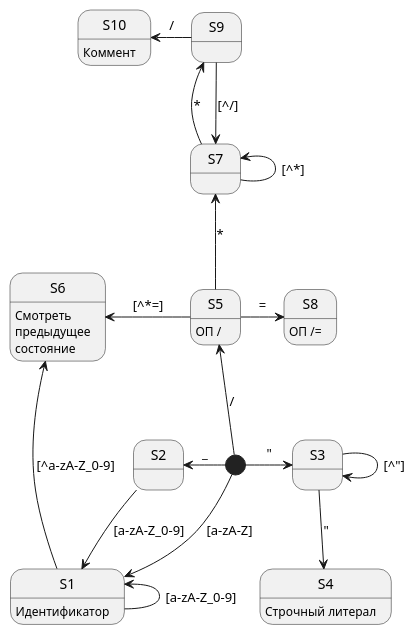
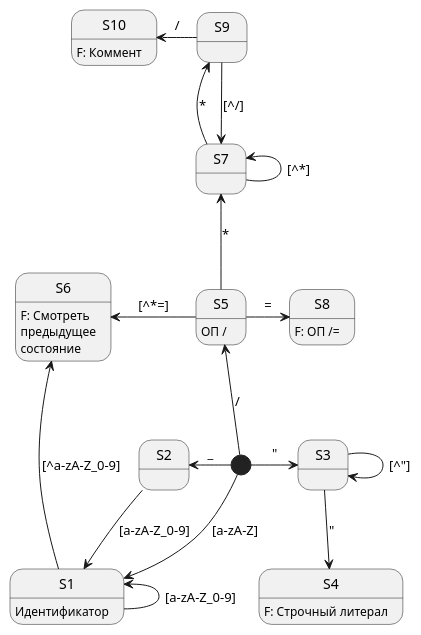
One commit to vladimirlll/CSharpLexicalAnalyzer changed the diagram in Диаграмма состояния для ЛА/sd.puml. Above: the diagram before and after it, drawn with PlantUML. The commit also changed 16 other files, not shown here.

```diff
--- a/Диаграмма состояния для ЛА/sd.puml
+++ b/Диаграмма состояния для ЛА/sd.puml
@@ -1,31 +1,31 @@
 @startuml "sd1"
 
 [*] -down-> S1 : [a-zA-Z]
 [*] -left-> S2 : _
 S2 -down-> S1 : [a-zA-Z_0-9]
 S1 -left-> S1 : [a-zA-Z_0-9]
 S1 -left-> S6 : [^a-zA-Z_0-9]
 S1 : Идентификатор
-S6 : Смотреть\nпредыдущее\nсостояние
+S6 : F: Смотреть\nпредыдущее\nсостояние
 
 [*] -right-> S3 : "
 S3 -right-> S3 : [^"]
 S3 -down-> S4 : "
-S4 : Строчный литерал
+S4 : F: Строчный литерал
 
 [*] -up-> S5 : /
 S5 -up-> S7 : *
 S5 : ОП /
 S5 -left-> S6 : [^*=]
 S5 -right-> S8 : =
 
-S8 : ОП /=
+S8 : F: ОП /=
 
 S7 -up-> S7 : [^*]
 S7 -up-> S9 : *
 S9 -down-> S7 : [^/]
 S9 -left-> S10 : /
-S10 : Коммент
+S10 : F: Коммент
 
 
 @enduml
```
